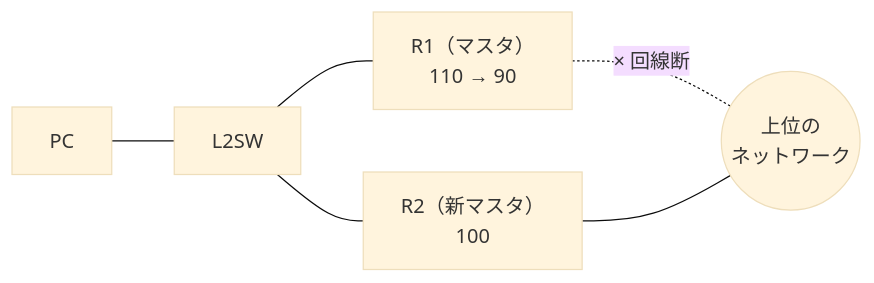
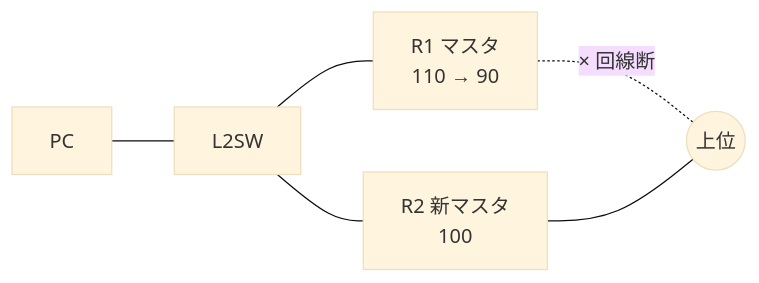
Before and after one commit to nnnaanaa/document: the third of 3 diagrams in network/redundancy/vrrp.md, drawn with Mermaid (base theme). The commit also changed other lines of this file and 2 other files, not shown here.

Commit message:
IPsec・VRRP・マルチキャスト暗記シートの図の横幅を詰める

````diff
--- a/network/redundancy/vrrp.md
+++ b/network/redundancy/vrrp.md
@@ -115,8 +115,8 @@
 ```mermaid
 flowchart LR
   PC["PC"] --- SW["L2SW"]
-  SW --- R1["R1（マスタ）<br>110 → 90"]
-  SW --- R2["R2（新マスタ）<br>100"]
-  R1 -. "× 回線断" .- UP(("上位の<br>ネットワーク"))
+  SW --- R1["R1 マスタ<br>110 → 90"]
+  SW --- R2["R2 新マスタ<br>100"]
+  R1 -. "× 回線断" .- UP(("上位"))
   R2 --- UP
 ```
````
